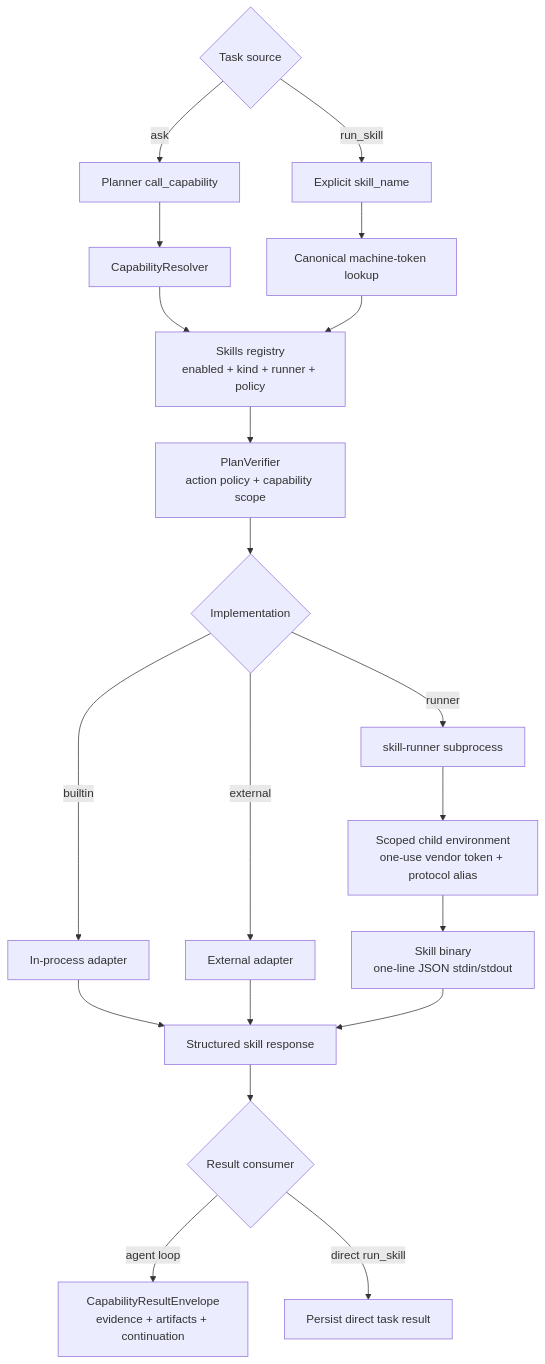
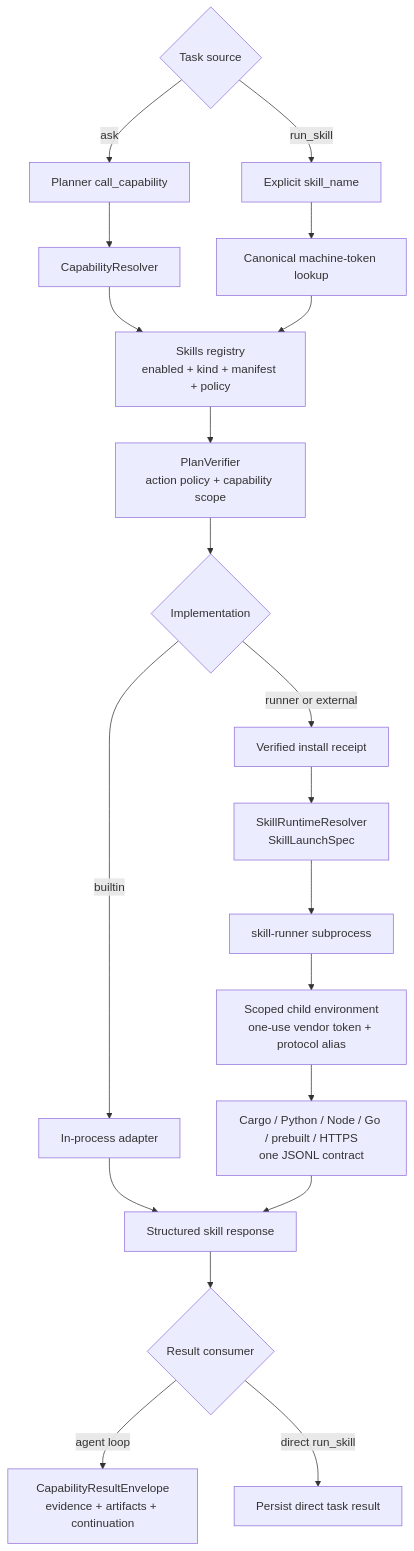
The first of 3 diagrams in docs/architecture/05-skills-media-models.md (MatrixCoreX/RustClaw), drawn with Mermaid before and after one commit. The commit also changed other lines of this file and 257 other files, not shown here.

````diff
--- a/docs/architecture/05-skills-media-models.md
+++ b/docs/architecture/05-skills-media-models.md
@@ -17,22 +17,22 @@
 ```mermaid
 flowchart TD
     A{Task source} -->|ask| B[Planner call_capability]
     A -->|run_skill| C[Explicit skill_name]
     B --> D[CapabilityResolver]
     C --> E[Canonical machine-token lookup]
     D --> F
-    E --> F[Skills registry<br/>enabled + kind + runner + policy]
+    E --> F[Skills registry<br/>enabled + kind + manifest + policy]
     F --> P[PlanVerifier<br/>action policy + capability scope]
     P --> G{Implementation}
     G -->|builtin| H[In-process adapter]
-    G -->|runner| I[skill-runner subprocess]
-    G -->|external| J[External adapter]
+    G -->|runner or external| R[Verified install receipt]
+    R --> S[SkillRuntimeResolver<br/>SkillLaunchSpec]
+    S --> I[skill-runner subprocess]
     I --> Q[Scoped child environment<br/>one-use vendor token + protocol alias]
-    Q --> K[Skill binary<br/>one-line JSON stdin/stdout]
+    Q --> K[Cargo / Python / Node / Go / prebuilt / HTTPS<br/>one JSONL contract]
     H --> L[Structured skill response]
-    J --> L
     K --> L
     L --> M{Result consumer}
     M -->|agent loop| N[CapabilityResultEnvelope<br/>evidence + artifacts + continuation]
     M -->|direct run_skill| O[Persist direct task result]
 ```
````
